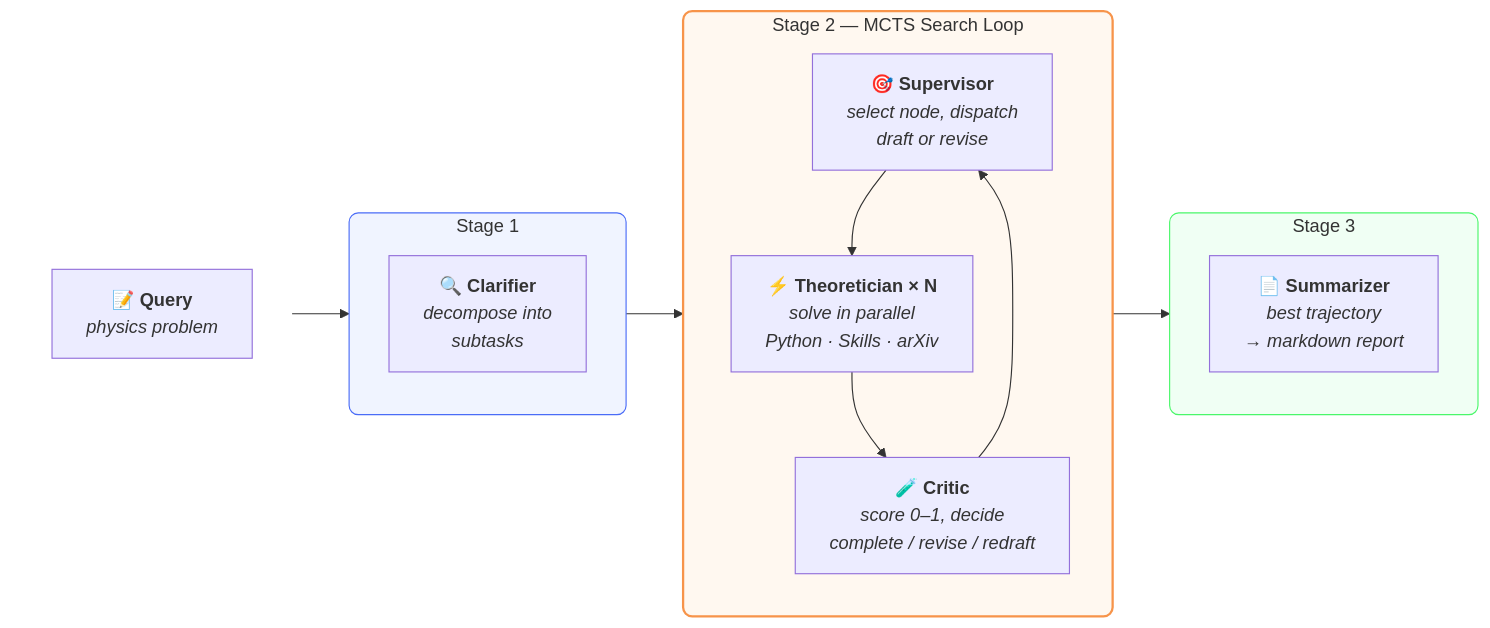
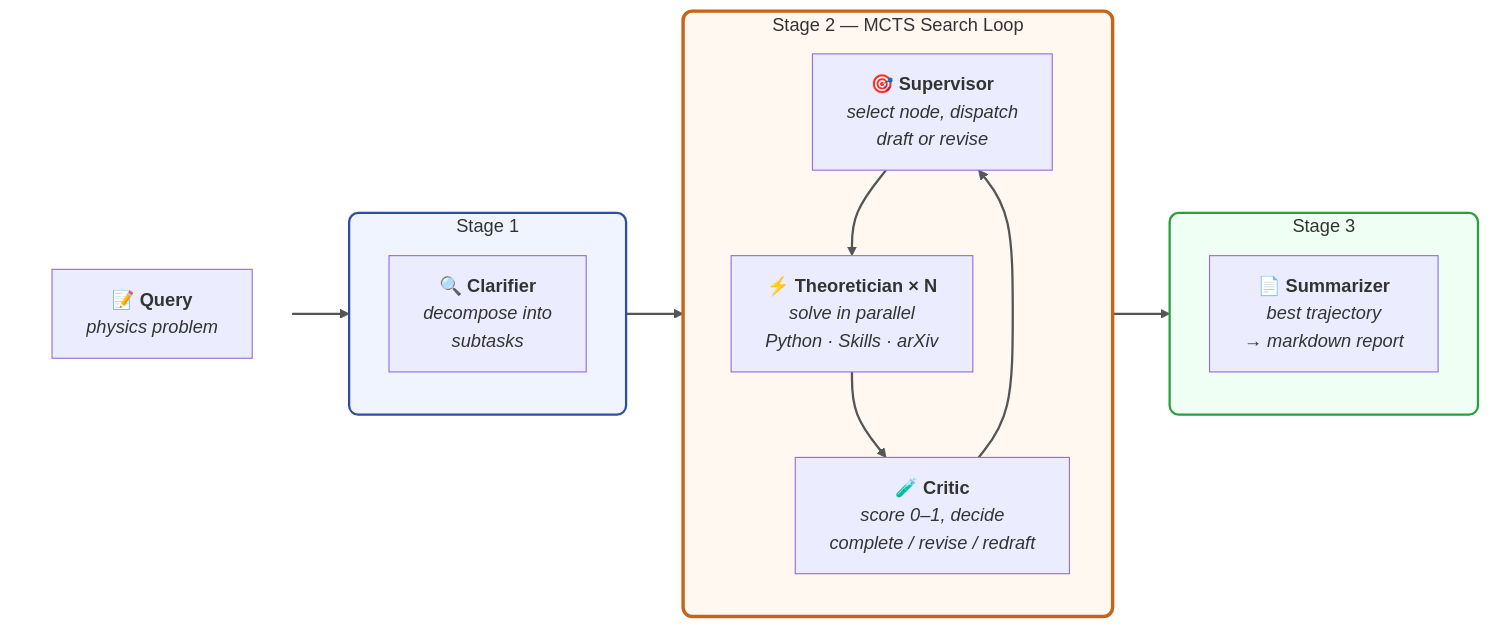
The diagram in README.md (sjtu-sai-agents/PhysMaster), drawn with Mermaid before and after one commit.

Commit message:
add logger and optimize the context system

````diff
--- a/README.md
+++ b/README.md
@@ -28,32 +28,34 @@
 ```mermaid
 flowchart LR
     subgraph INPUT [" "]
         direction TB
         Q["📝 <b>Query</b><br/><i>physics problem</i>"]
     end
 
     subgraph STAGE1 ["Stage 1"]
         direction TB
         CL["🔍 <b>Clarifier</b><br/><i>decompose into<br/>subtasks</i>"]
     end
 
     subgraph MCTS ["Stage 2 — MCTS Search Loop"]
         direction TB
         SUP["🎯 <b>Supervisor</b><br/><i>select node, dispatch<br/>draft or revise</i>"]
         THEO["⚡ <b>Theoretician × N</b><br/><i>solve in parallel<br/>Python · Skills · arXiv</i>"]
         CRIT["🧪 <b>Critic</b><br/><i>score 0–1, decide<br/>complete / revise / redraft</i>"]
         SUP --> THEO --> CRIT --> SUP
     end
 
     subgraph STAGE3 ["Stage 3"]
         direction TB
         SUM["📄 <b>Summarizer</b><br/><i>best trajectory<br/>→ markdown report</i>"]
     end
 
     Q --> CL --> MCTS --> SUM
 
     style INPUT fill:none,stroke:none
-    style STAGE1 fill:#f0f4ff,stroke:#4a6cf7,stroke-width:1px,rx:8
-    style MCTS fill:#fff8f0,stroke:#f7944a,stroke-width:2px,rx:8
-    style STAGE3 fill:#f0fff4,stroke:#4af76a,stroke-width:1px,rx:8
+    style STAGE1 fill:#f0f4ff,stroke:#2d4ea3,stroke-width:2px,rx:8
+    style MCTS fill:#fff8f0,stroke:#c5651a,stroke-width:3px,rx:8
+    style STAGE3 fill:#f0fff4,stroke:#2a9d3e,stroke-width:2px,rx:8
+
+    linkStyle default stroke:#555,stroke-width:2px
 ```
````
